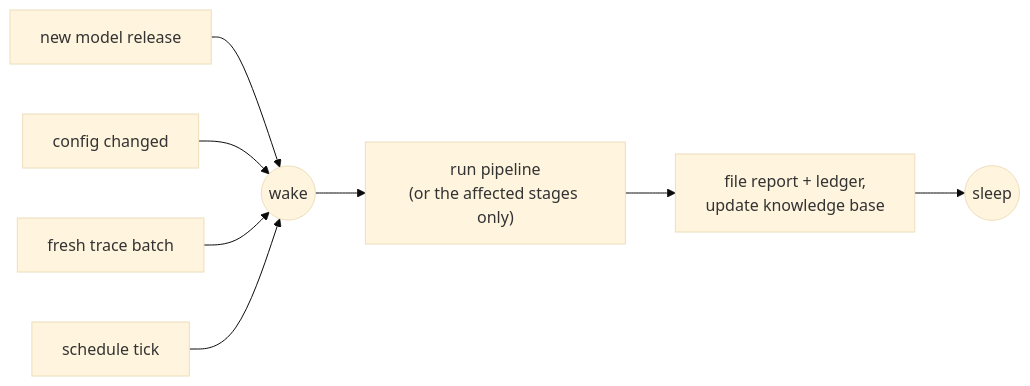
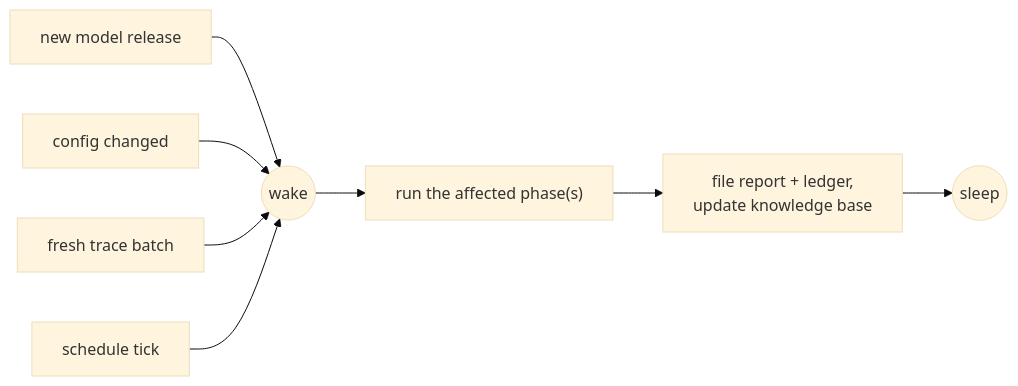
One commit to internet-zero/hypergeometric-ai changed the third of 9 diagrams in DESIGN.md. Above: the diagram before and after it, drawn with Mermaid (base theme). The commit also changed other lines of this file, not shown here.

Commit message:
Merge seven stages into the three phases throughout the design

````diff
--- a/DESIGN.md
+++ b/DESIGN.md
@@ -139,10 +150,10 @@
 ```mermaid
 flowchart LR
     E1["new model release"] --> W((wake))
     E2["config changed"] --> W
     E3["fresh trace batch"] --> W
     E4["schedule tick"] --> W
-    W --> P["run pipeline<br/>(or the affected stages only)"]
+    W --> P["run the affected phase(s)"]
     P --> F["file report + ledger,<br/>update knowledge base"]
     F --> Z((sleep))
 ```
````
